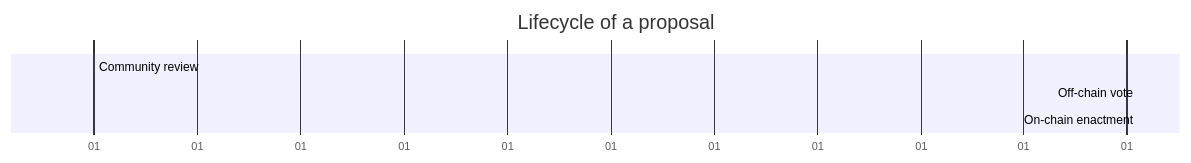
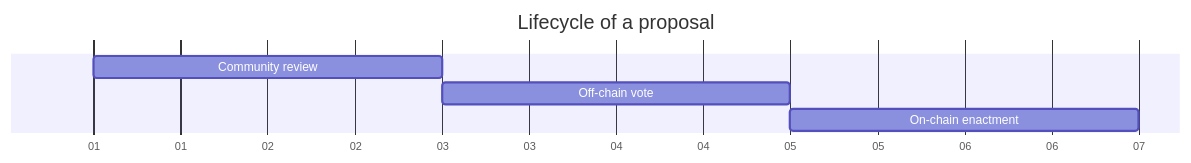
The second of 2 diagrams in GOVERNANCE.md (nation3/gov), drawn with Mermaid before and after one commit. The commit also changed other lines of this file, not shown here.

````diff
--- a/GOVERNANCE.md
+++ b/GOVERNANCE.md
@@ -48,10 +48,10 @@
 ```mermaid
 gantt
 dateFormat YYYY-MM-DD
 axisFormat %d
 title Lifecycle of a proposal
 
 Community review: 1, 0000-01-01, 2d
-Off-chain vote: 3, after 2, 2d
-On-chain enactment: 4, after 3, 2d
+Off-chain vote: 2, after 1, 2d
+On-chain enactment: 3, after 2, 2d
 ```
````
